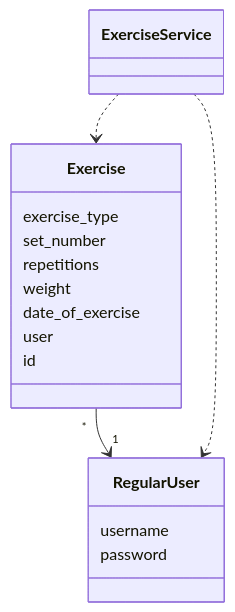
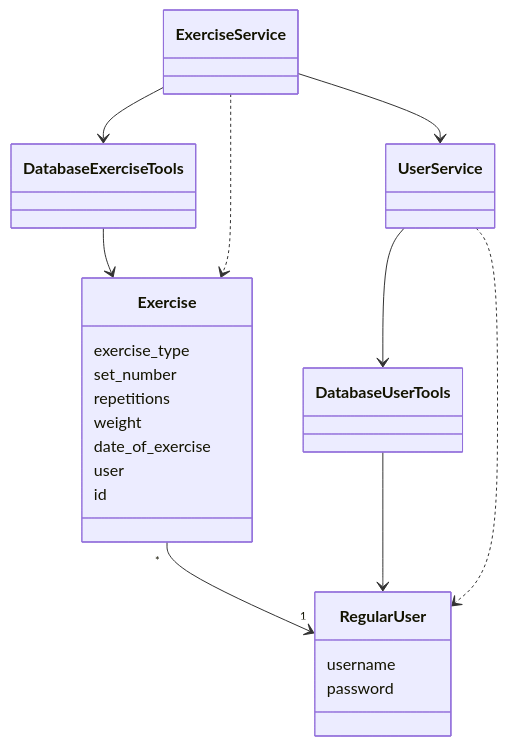
The first of 4 diagrams in dokumentaatio/arkkitehtuuri.md (sippohippo/ot-harjoitustyo), drawn with Mermaid before and after one commit. The commit also changed 1 other file, not shown here.

Commit message:
Small update to docs and docstring

````diff
--- a/dokumentaatio/arkkitehtuuri.md
+++ b/dokumentaatio/arkkitehtuuri.md
@@ -32,24 +32,31 @@
 ```mermaid
- classDiagram
-      Exercise "*" --> "1" RegularUser
-      ExerciseService ..> RegularUser
-      ExerciseService ..> Exercise
+classDiagram
+    Exercise "*" --> "1" RegularUser
+
+    ExerciseService --> DatabaseExerciseTools
+    UserService --> DatabaseUserTools
+    ExerciseService --> UserService
+
+    DatabaseUserTools --> RegularUser
+    DatabaseExerciseTools --> Exercise
+
+    ExerciseService ..> Exercise
+    UserService ..> RegularUser
      
-      class RegularUser{
-          username
-          password
-      }
-      class Exercise{
+    class RegularUser{
+        username
+        password
+    }
+    class Exercise{
           
-          exercise_type
-          set_number
-          repetitions
-          weight
-          date_of_exercise
-          user
-          id
-      }
+        exercise_type
+        set_number
+        repetitions
+        weight
+        date_of_exercise
+        user
+        id
+    }
     class ExerciseService{
-       }       
-
+    }   
 ```
````
